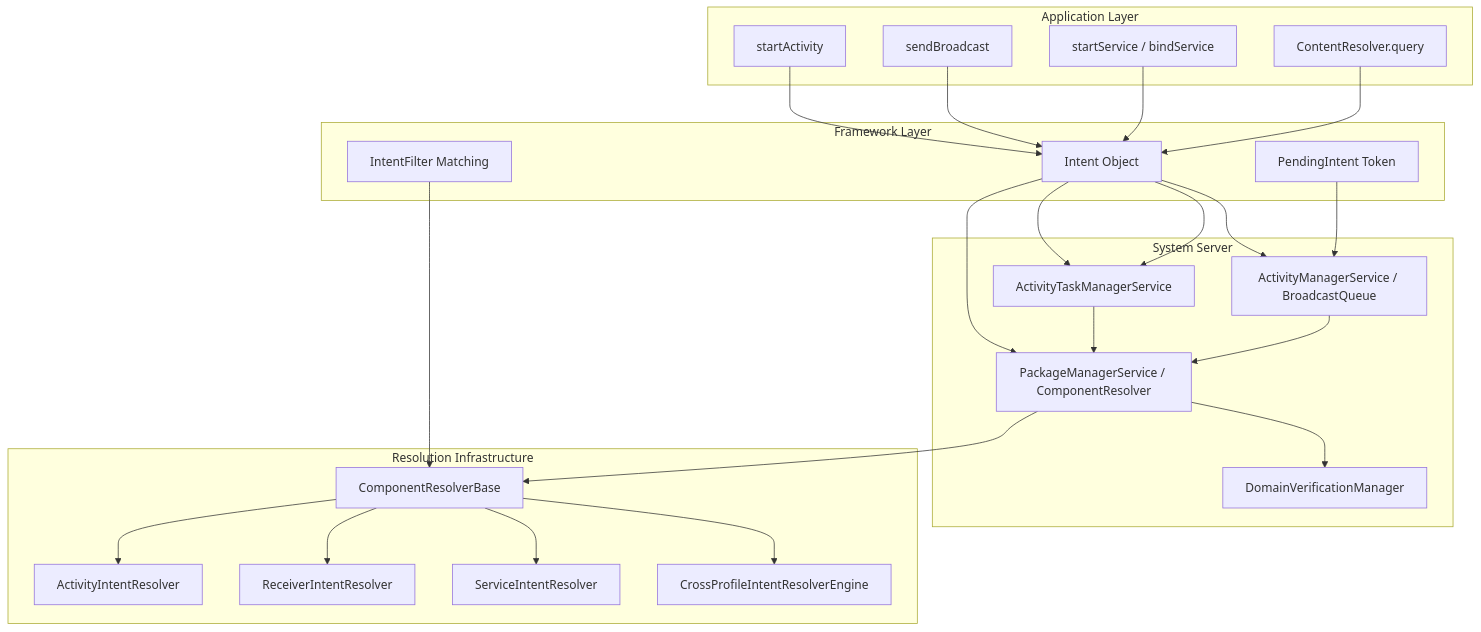
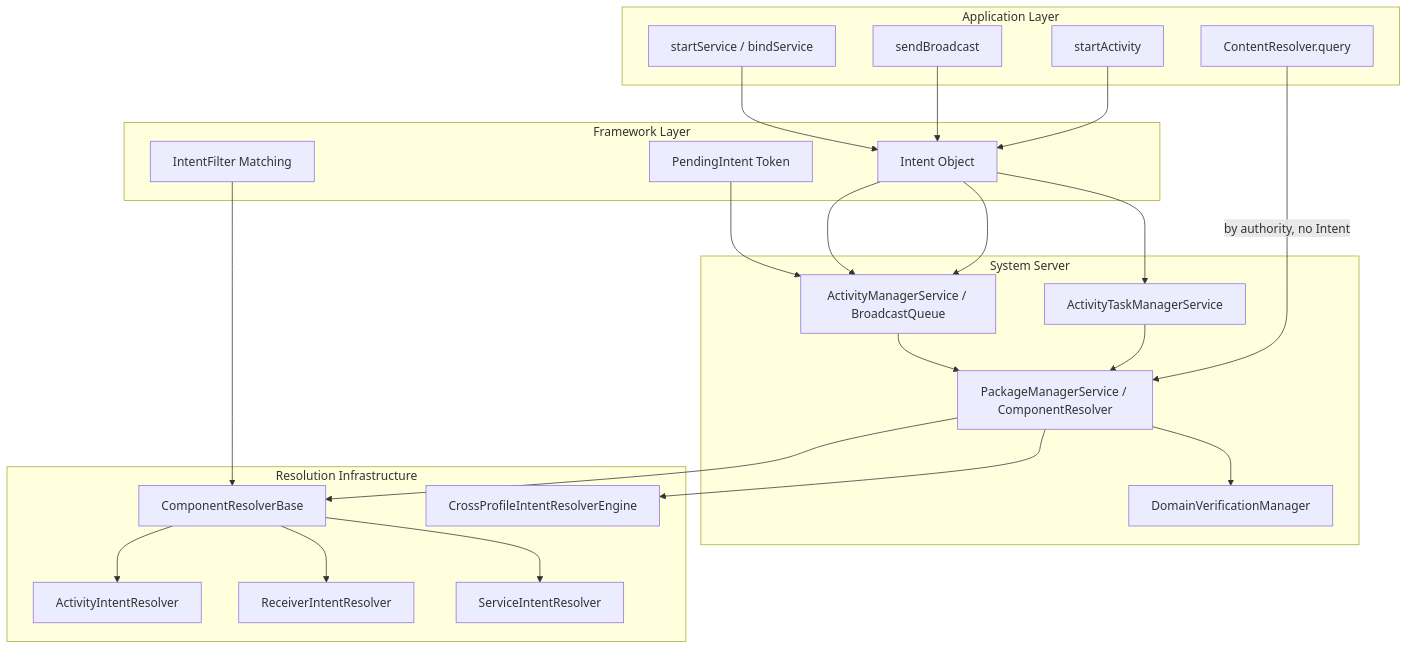
Diagram 31 of 31 in 21-intent-system.md (aospbooks/aosp-internal-book), drawn with Mermaid before and after one commit. The commit also changed other lines of this file and 218 other files, not shown here.

````diff
--- a/21-intent-system.md
+++ b/21-intent-system.md
@@ -3572,47 +3652,47 @@
 ```mermaid
 flowchart TD
     subgraph "Application Layer"
         A1[startActivity]
         A2[sendBroadcast]
         A3[startService / bindService]
         A4[ContentResolver.query]
     end
 
     subgraph "Framework Layer"
         B1[Intent Object]
         B2[PendingIntent Token]
         B3[IntentFilter Matching]
     end
 
     subgraph "System Server"
         C1[ActivityTaskManagerService]
         C2[ActivityManagerService / BroadcastQueue]
         C3[PackageManagerService / ComponentResolver]
         C4[DomainVerificationManager]
     end
 
     subgraph "Resolution Infrastructure"
         D1[ComponentResolverBase]
         D2[ActivityIntentResolver]
         D3[ReceiverIntentResolver]
         D4[ServiceIntentResolver]
         D5[CrossProfileIntentResolverEngine]
     end
 
     A1 --> B1 --> C1
     A2 --> B1 --> C2
-    A3 --> B1 --> C1
-    A4 --> B1 --> C3
+    A3 --> B1 --> C2
+    A4 -->|"by authority, no Intent"| C3
 
     C1 --> C3
     C2 --> C3
     C3 --> D1
+    C3 --> D5
     D1 --> D2
     D1 --> D3
     D1 --> D4
-    D1 --> D5
 
     B2 --> C2
     B3 --> D1
     C3 --> C4
 ```
````
